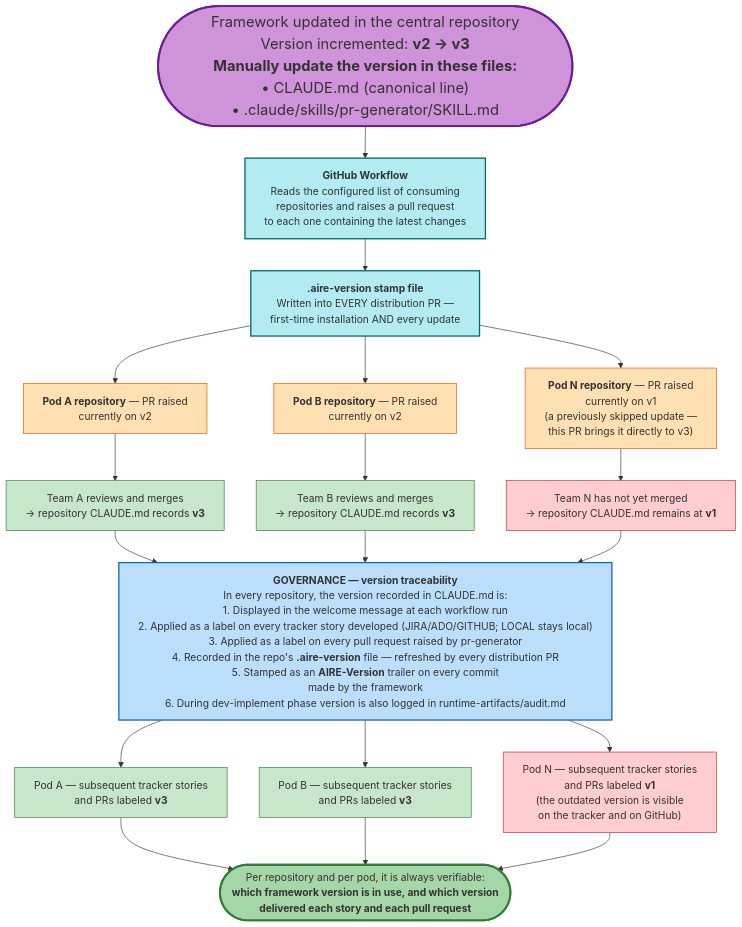
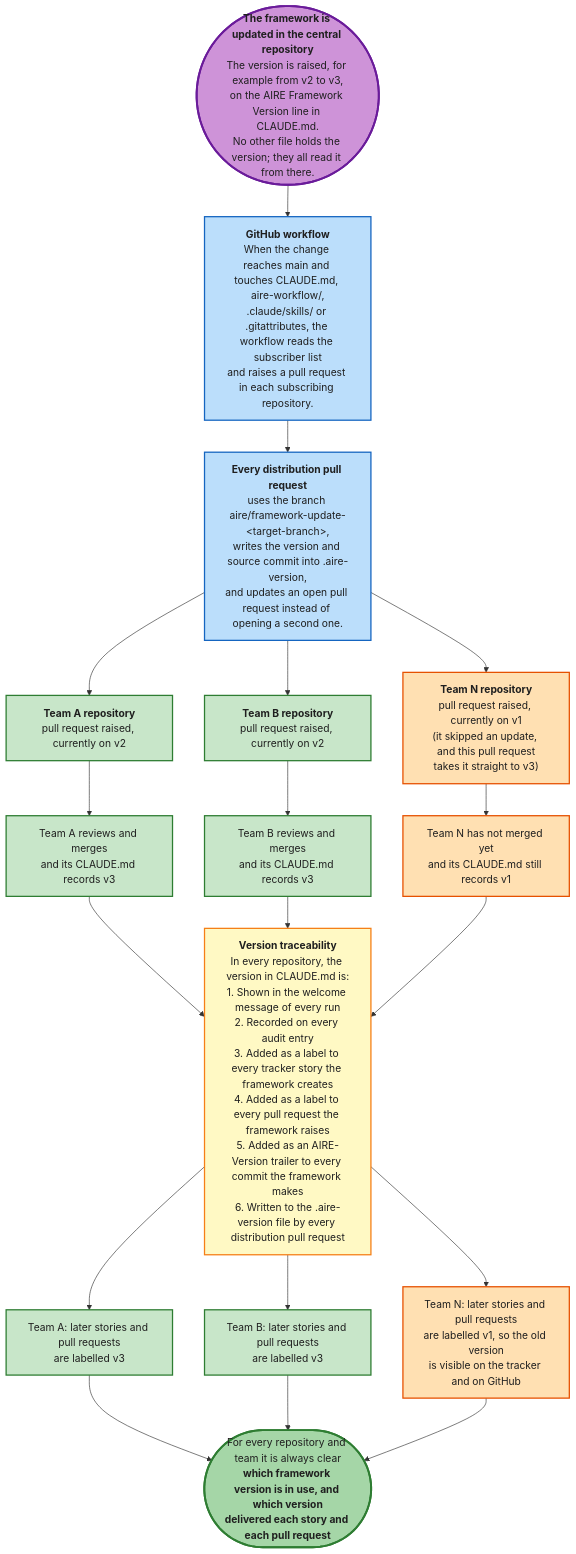
Before and after one commit to Shailendrayadav0666/billing-cycle-copy: the tenth of 12 diagrams in aire-workflow/aire-workflow-diagram.md, drawn with Mermaid. The commit also changed other lines of this file and 90 other files, not shown here.

First line of the commit message:
Update AIRE workflow rules, skills and templates; add mid-epic workflows

````diff
--- a/aire-workflow/aire-workflow-diagram.md
+++ b/aire-workflow/aire-workflow-diagram.md
@@ -1219,48 +890,35 @@
 ```mermaid
-%%{init: {"flowchart": {"wrappingWidth": 1000}} }%%
 flowchart TD
-    %% ── DISTRIBUTION ──────────────────────────────────
-
-    UPDATE(["&nbsp;&nbsp;&nbsp;&nbsp;&nbsp;&nbsp;&nbsp;&nbsp;Framework updated in the central repository&nbsp;&nbsp;&nbsp;&nbsp;&nbsp;&nbsp;&nbsp;&nbsp;<br/>Version incremented: <b>v2 → v3</b><br/><b>Manually update the version in these files:</b><br/>• CLAUDE.md (canonical line)<br/>&nbsp;&nbsp;&nbsp;&nbsp;• .claude/skills/pr-generator/SKILL.md&nbsp;&nbsp;&nbsp;&nbsp;"])
-
-    UPDATE --> GHW["<b>GitHub Workflow</b><br/>Reads the configured list of consuming<br/>repositories and raises a pull request<br/>to each one containing the latest changes"]
-
-    GHW --> VSTAMP["<b>.aire-version stamp file</b><br/>Written into EVERY distribution PR —<br/>first-time installation AND every update"]
-
-    VSTAMP --> PR_A["<b>Pod A repository</b> — PR raised<br/>currently on v2"]
-    VSTAMP --> PR_B["<b>Pod B repository</b> — PR raised<br/>currently on v2"]
-    VSTAMP --> PR_N["<b>Pod N repository</b> — PR raised<br/>currently on v1<br/>(a previously skipped update —<br/>this PR brings it directly to v3)"]
-
-    PR_A --> MRG_A["Team A reviews and merges<br/>→ repository CLAUDE.md records <b>v3</b>"]
-    PR_B --> MRG_B["Team B reviews and merges<br/>→ repository CLAUDE.md records <b>v3</b>"]
-    PR_N --> MRG_N["Team N has not yet merged<br/>→ repository CLAUDE.md remains at <b>v1</b>"]
-
-    %% ── GOVERNANCE — version traceability ─────────────
-
-    MRG_A --> GOV["<b>GOVERNANCE — version traceability</b><br/>In every repository, the version recorded in CLAUDE.md is:<br/>1. Displayed in the welcome message at each workflow run<br/>2. Applied as a label on every tracker story developed (JIRA/ADO/GITHUB; LOCAL stays local)<br/>3. Applied as a label on every pull request raised by pr-generator<br/>4. Recorded in the repo's <b>.aire-version</b> file — refreshed by every distribution PR<br/>5. Stamped as an <b>AIRE-Version</b> trailer on every commit<br/>made by the framework <br/>6. During dev-implement phase version is also logged in runtime-artifacts/audit.md<br/>"]
+    UPDATE(["<b>The framework is updated in the central repository</b><br/>The version is raised, for example from v2 to v3,<br/>on the AIRE Framework Version line in CLAUDE.md.<br/>No other file holds the version; they all read it from there."])
+    UPDATE --> GHW["<b>GitHub workflow</b><br/>When the change reaches main and touches CLAUDE.md, aire-workflow/,<br/>.claude/skills/ or .gitattributes, the workflow reads the subscriber list<br/>and raises a pull request in each subscribing repository."]
+    GHW --> VSTAMP["<b>Every distribution pull request</b><br/>uses the branch aire/framework-update-&lt;target-branch&gt;,<br/>writes the version and source commit into .aire-version,<br/>and updates an open pull request instead of opening a second one."]
+    VSTAMP --> PR_A["<b>Team A repository</b><br/>pull request raised, currently on v2"]
+    VSTAMP --> PR_B["<b>Team B repository</b><br/>pull request raised, currently on v2"]
+    VSTAMP --> PR_N["<b>Team N repository</b><br/>pull request raised, currently on v1<br/>(it skipped an update, and this pull request<br/>takes it straight to v3)"]
+    PR_A --> MRG_A["Team A reviews and merges<br/>and its CLAUDE.md records v3"]
+    PR_B --> MRG_B["Team B reviews and merges<br/>and its CLAUDE.md records v3"]
+    PR_N --> MRG_N["Team N has not merged yet<br/>and its CLAUDE.md still records v1"]
+    MRG_A --> GOV["<b>Version traceability</b><br/>In every repository, the version in CLAUDE.md is:<br/>1. Shown in the welcome message of every run<br/>2. Recorded on every audit entry<br/>3. Added as a label to every tracker story the framework creates<br/>4. Added as a label to every pull request the framework raises<br/>5. Added as an AIRE-Version trailer to every commit the framework makes<br/>6. Written to the .aire-version file by every distribution pull request"]
     MRG_B --> GOV
     MRG_N --> GOV
-
-    GOV --> BOARD_A["Pod A — subsequent tracker stories<br/>and PRs labeled <b>v3</b>"]
-    GOV --> BOARD_B["Pod B — subsequent tracker stories<br/>and PRs labeled <b>v3</b>"]
-    GOV --> BOARD_N["Pod N — subsequent tracker stories<br/>and PRs labeled <b>v1</b><br/>(the outdated version is visible<br/>on the tracker and on GitHub)"]
-
-    BOARD_A --> ANSWER(["Per repository and per pod, it is always verifiable:<br/><b>which framework version is in use, and which version<br/>delivered each story and each pull request</b>"])
+    GOV --> BOARD_A["Team A: later stories and pull requests<br/>are labelled v3"]
+    GOV --> BOARD_B["Team B: later stories and pull requests<br/>are labelled v3"]
+    GOV --> BOARD_N["Team N: later stories and pull requests<br/>are labelled v1, so the old version<br/>is visible on the tracker and on GitHub"]
+    BOARD_A --> ANSWER(["For every repository and team it is always clear<br/><b>which framework version is in use, and which version<br/>delivered each story and each pull request</b>"])
     BOARD_B --> ANSWER
     BOARD_N --> ANSWER
 
-    style UPDATE fill:#CE93D8,stroke:#6A1B9A,stroke-width:3px,font-size:23px
-    style GHW fill:#B2EBF2,stroke:#00695C,stroke-width:2px
-    style VSTAMP fill:#B2EBF2,stroke:#00695C,stroke-width:2px
-    style PR_A fill:#FFE0B2,stroke:#E65100
-    style PR_B fill:#FFE0B2,stroke:#E65100
-    style PR_N fill:#FFE0B2,stroke:#E65100
-    style MRG_A fill:#C8E6C9,stroke:#2E7D32
-    style MRG_B fill:#C8E6C9,stroke:#2E7D32
-    style MRG_N fill:#FFCDD2,stroke:#C62828
-    style GOV fill:#BBDEFB,stroke:#1565C0,stroke-width:2px
-    style BOARD_A fill:#C8E6C9,stroke:#2E7D32
-    style BOARD_B fill:#C8E6C9,stroke:#2E7D32
-    style BOARD_N fill:#FFCDD2,stroke:#C62828
-    style ANSWER fill:#A5D6A7,stroke:#2E7D32,stroke-width:3px
+    classDef start fill:#CE93D8,stroke:#6A1B9A,stroke-width:3px,color:#1F1F1F
+    classDef step fill:#BBDEFB,stroke:#1565C0,stroke-width:2px,color:#1F1F1F
+    classDef team fill:#C8E6C9,stroke:#2E7D32,stroke-width:2px,color:#1F1F1F
+    classDef behind fill:#FFE0B2,stroke:#E65100,stroke-width:2px,color:#1F1F1F
+    classDef gov fill:#FFF9C4,stroke:#F57F17,stroke-width:2px,color:#1F1F1F
+    classDef done fill:#A5D6A7,stroke:#2E7D32,stroke-width:3px,color:#1F1F1F
+
+    class UPDATE start
+    class GHW,VSTAMP step
+    class PR_A,PR_B,MRG_A,MRG_B,BOARD_A,BOARD_B team
+    class PR_N,MRG_N,BOARD_N behind
+    class GOV gov
+    class ANSWER done
 ```
````
